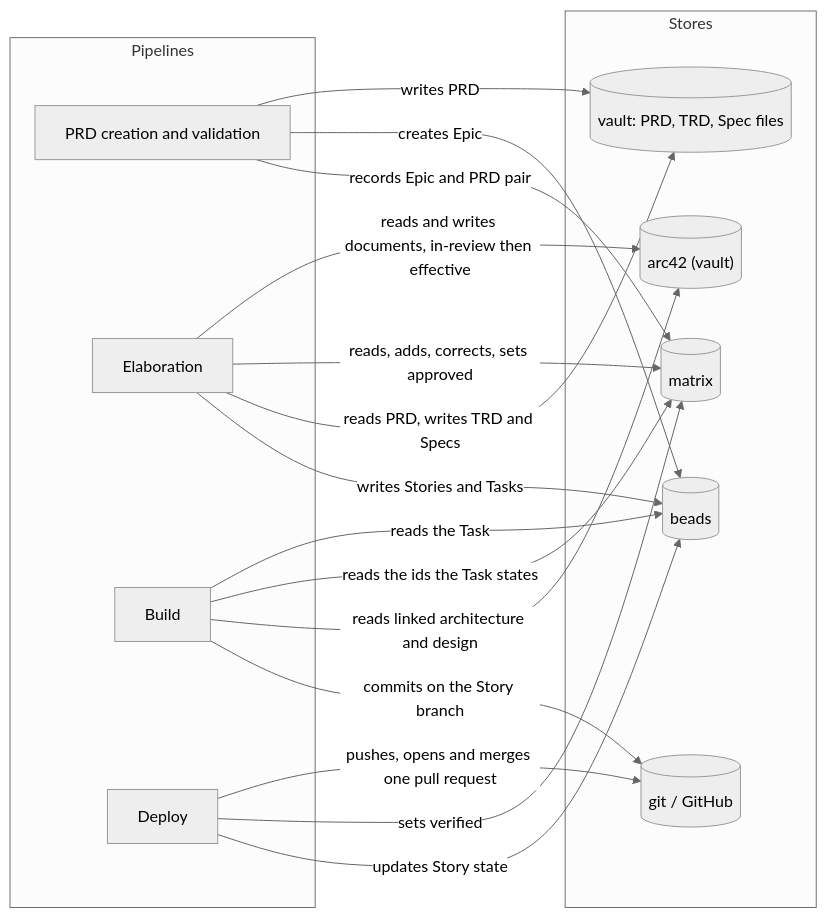
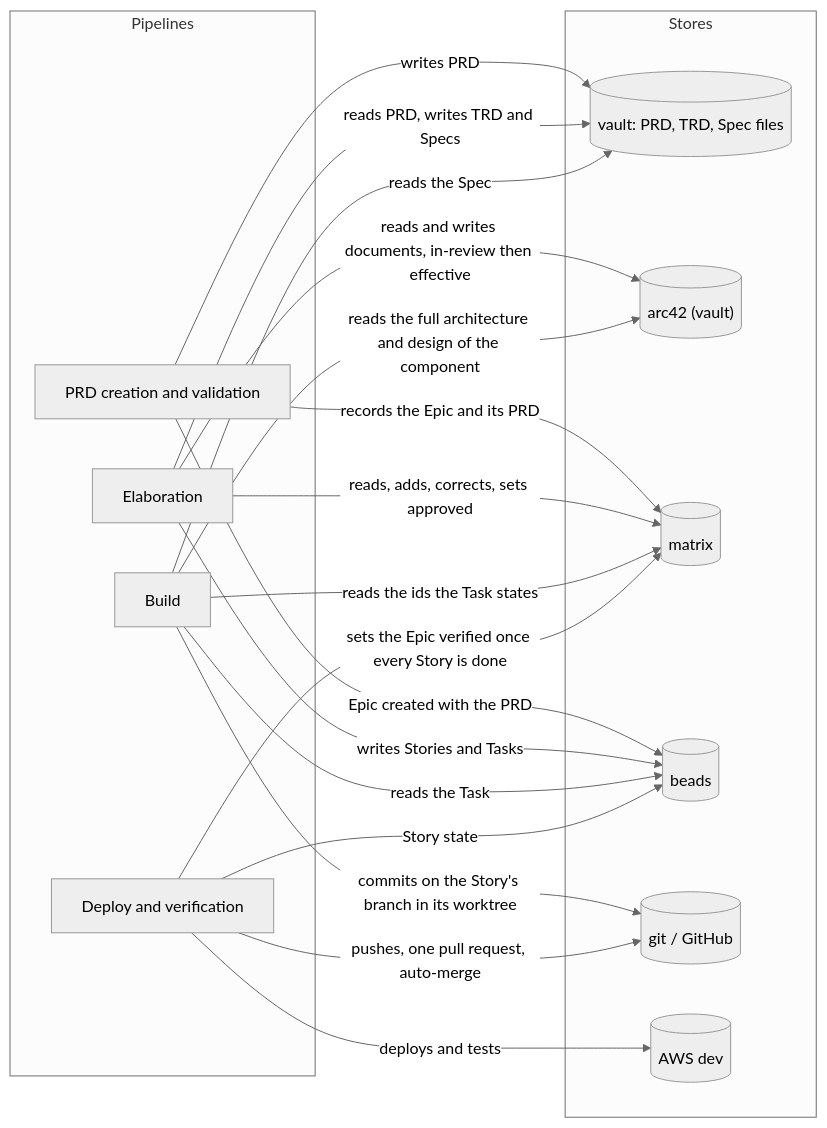
One commit to mark-satterfield/toolset changed the second of 2 diagrams in plugins/agent-teams-workforce/blueprint/design/pipelines.md. Above: the diagram before and after it, drawn with Mermaid (neutral theme). The commit also changed other lines of this file and 1 other file, not shown here.

First line of the commit message:
docs(blueprint): start the pipeline overview and driver diagrams at keeper.py and supervisor.py

````diff
--- a/plugins/agent-teams-workforce/blueprint/design/pipelines.md
+++ b/plugins/agent-teams-workforce/blueprint/design/pipelines.md
@@ -105,30 +104,33 @@
 ```mermaid
 flowchart LR
     subgraph P["Pipelines"]
         PRD["PRD creation and validation"]
         EL["Elaboration"]
         BU["Build"]
-        DE["Deploy"]
+        DE["Deploy and verification"]
     end
     subgraph S["Stores"]
+        V[("vault: PRD, TRD, Spec files")]
         A42[("arc42 (vault)")]
         MX[("matrix")]
         BD[("beads")]
-        V[("vault: PRD, TRD, Spec files")]
         G[("git / GitHub")]
+        AWS[("AWS dev")]
     end
     PRD -->|"writes PRD"| V
-    PRD -->|"creates Epic"| BD
-    PRD -->|"records Epic and PRD pair"| MX
+    PRD -->|"Epic created with the PRD"| BD
+    PRD -->|"records the Epic and its PRD"| MX
+    EL -->|"reads PRD, writes TRD and Specs"| V
     EL -->|"reads and writes documents, in-review then effective"| A42
     EL -->|"reads, adds, corrects, sets approved"| MX
-    EL -->|"reads PRD, writes TRD and Specs"| V
     EL -->|"writes Stories and Tasks"| BD
     BU -->|"reads the Task"| BD
+    BU -->|"reads the Spec"| V
+    BU -->|"reads the full architecture and design of the component"| A42
     BU -->|"reads the ids the Task states"| MX
-    BU -->|"reads linked architecture and design"| A42
-    BU -->|"commits on the Story branch"| G
-    DE -->|"pushes, opens and merges one pull request"| G
-    DE -->|"sets verified"| MX
-    DE -->|"updates Story state"| BD
+    BU -->|"commits on the Story's branch in its worktree"| G
+    DE -->|"deploys and tests"| AWS
+    DE -->|"pushes, one pull request, auto-merge"| G
+    DE -->|"sets the Epic verified once every Story is done"| MX
+    DE -->|"Story state"| BD
 ```
````
